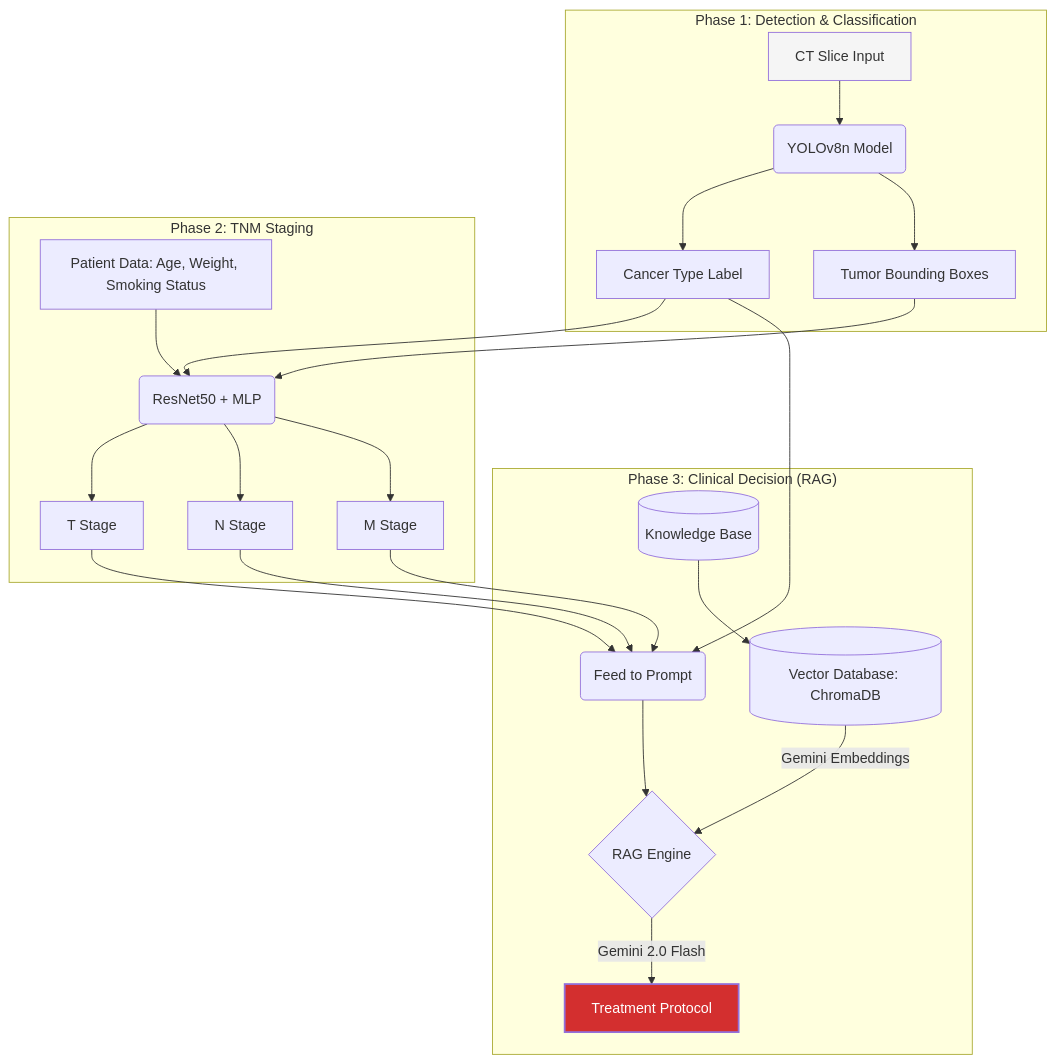
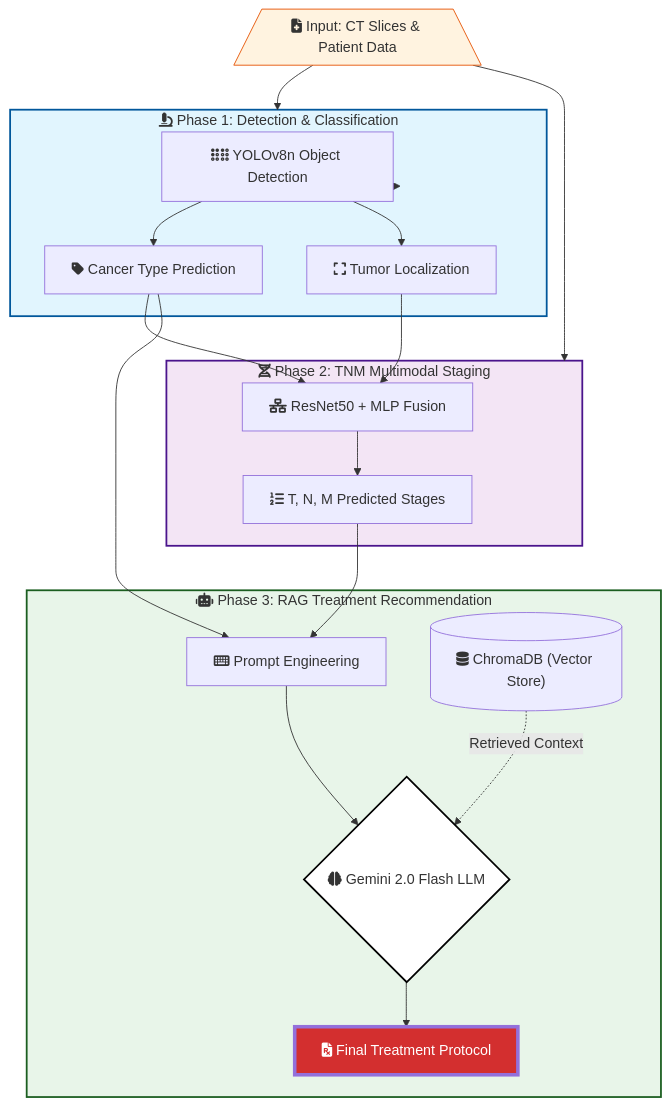
Before and after one commit to Catarinacpns/A-Lung-Cancer-DL-Pipeline-for-Classification-TNM-Staging-and-Treatment-Protocol-Generation: the diagram in README.md, drawn with Mermaid.

Commit message:
Enhance README with mermaid diagram and icons

````diff
--- a/README.md
+++ b/README.md
@@ -19,29 +19,50 @@
 ```mermaid
 graph TD
-    subgraph "Phase 1: Detection & Classification"
-        In[CT Slice Input] --> Y(YOLOv8n Model)
-        Y --> Out1[Cancer Type Label]
-        Y --> Out2[Tumor Bounding Boxes]
+    %% Node Definitions with Icons
+    Input[/"fa:fa-file-medical Input: CT Slices & Patient Data"\]
+    
+    subgraph Phase1 ["fa:fa-microscope Phase 1: Detection & Classification"]
+        YOLO["fa:fa-braille YOLOv8n Object Detection"]
+        Type["fa:fa-tag Cancer Type Prediction"]
+        BBox["fa:fa-expand Tumor Localization"]
     end
 
-    subgraph "Phase 2: TNM Staging"
-        Out1 --> R(ResNet50 + MLP)
-        Out2 --> R
-        Demo[Patient Data: Age, Weight, Smoking Status] --> R
-        R --> T[T Stage]
-        R --> N[N Stage]
-        R --> M[M Stage]
+    subgraph Phase2 ["fa:fa-dna Phase 2: TNM Multimodal Staging"]
+        ResNet["fa:fa-network-wired ResNet50 + MLP Fusion"]
+        Stages["fa:fa-list-ol T, N, M Predicted Stages"]
     end
 
-    subgraph "Phase 3: Clinical Decision (RAG)"
-        T & N & M --> Prompt(Feed to Prompt)
-        Out1 --> Prompt
-        KB[(Knowledge Base)] --> DB[(Vector Database: ChromaDB)]
-        DB -- Gemini Embeddings --> RAG{RAG Engine}
-        Prompt --> RAG
-        RAG -- Gemini 2.0 Flash --> Final[Treatment Protocol]
+    subgraph Phase3 ["fa:fa-robot Phase 3: RAG Treatment Recommendation"]
+        Prompt["fa:fa-keyboard Prompt Engineering"]
+        Chroma[("fa:fa-database ChromaDB (Vector Store)")]
+        Gemini{"fa:fa-brain Gemini 2.0 Flash LLM"}
+        Output["fa:fa-file-prescription Final Treatment Protocol"]
     end
 
-    style Final fill:#d32f2f,color:#fff,stroke-width:2px
-    style In fill:#f5f5f5
+    %% Connections
+    Input --> Phase1
+    Input --> Phase2
+    
+    Phase1 --> YOLO
+    YOLO --> Type
+    YOLO --> BBox
+    
+    Type --> ResNet
+    BBox --> ResNet
+    
+    ResNet --> Stages
+    Stages --> Prompt
+    Type --> Prompt
+    
+    Chroma -.->|Retrieved Context| Gemini
+    Prompt --> Gemini
+    Gemini --> Output
+
+    %% Styling
+    style Phase1 fill:#e1f5fe,stroke:#01579b,stroke-width:2px
+    style Phase2 fill:#f3e5f5,stroke:#4a148c,stroke-width:2px
+    style Phase3 fill:#e8f5e9,stroke:#1b5e20,stroke-width:2px
+    style Output fill:#d32f2f,color:#fff,stroke-width:4px
+    style Input fill:#fff3e0,stroke:#e65100
+    style Gemini fill:#fff,stroke:#000,stroke-width:2px
 ```
````
